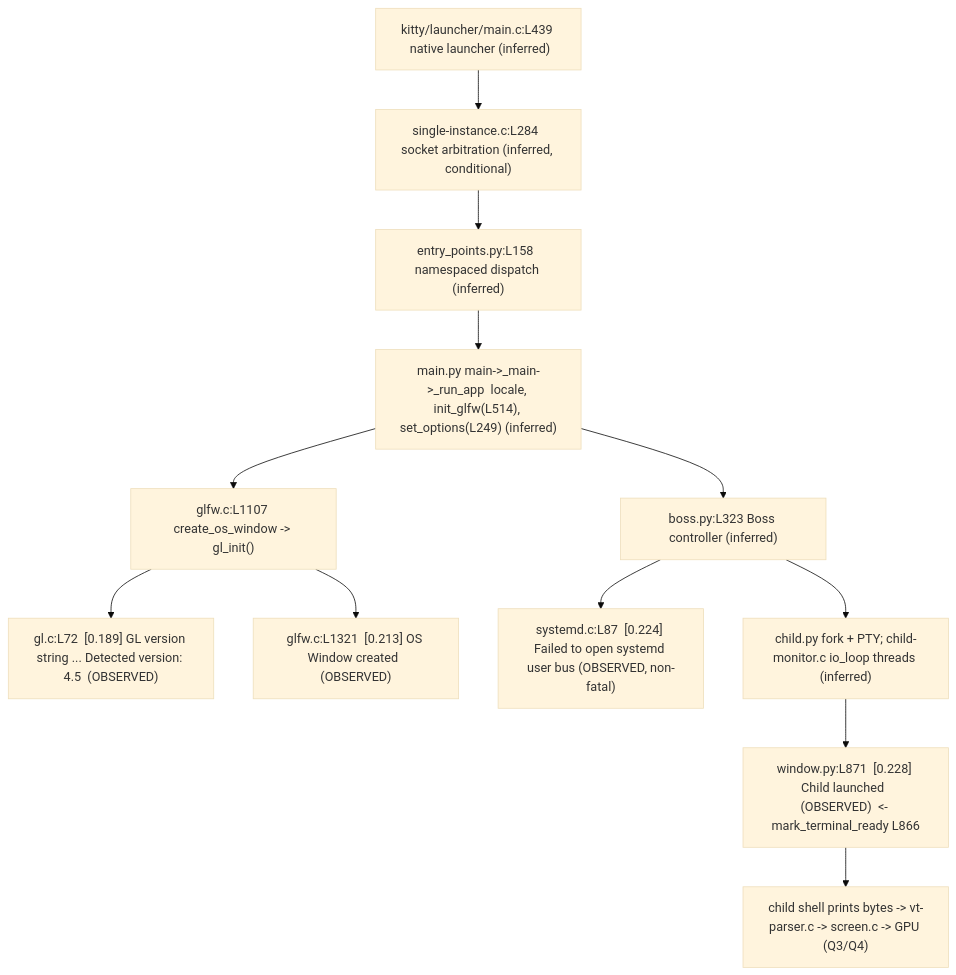
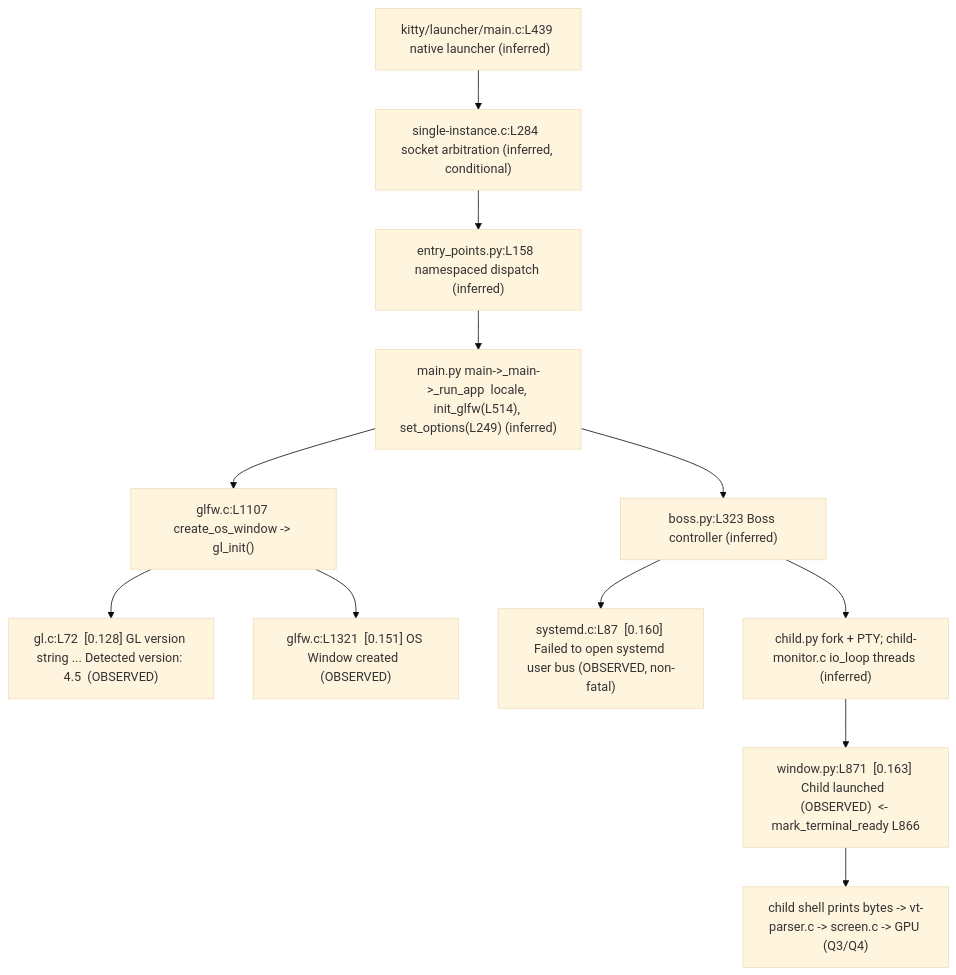
One commit to blitzy-research/kitty changed the diagram in blitzy/documentation/kitty_815df1e210e0.md. Above: the diagram before and after it, drawn with Mermaid (base theme). The commit also changed other lines of this file, not shown here.

````diff
--- a/blitzy/documentation/kitty_815df1e210e0.md
+++ b/blitzy/documentation/kitty_815df1e210e0.md
@@ -323,14 +657,14 @@
 ```mermaid
 flowchart TD
     A["kitty/launcher/main.c:L439  native launcher (inferred)"] --> B["single-instance.c:L284  socket arbitration (inferred, conditional)"]
     B --> C["entry_points.py:L158  namespaced dispatch (inferred)"]
     C --> D["main.py main->_main->_run_app  locale, init_glfw(L514), set_options(L249) (inferred)"]
     D --> E["glfw.c:L1107 create_os_window -> gl_init()"]
-    E --> F["gl.c:L72  [0.189] GL version string ... Detected version: 4.5  (OBSERVED)"]
-    E --> G["glfw.c:L1321  [0.213] OS Window created  (OBSERVED)"]
+    E --> F["gl.c:L72  [0.128] GL version string ... Detected version: 4.5  (OBSERVED)"]
+    E --> G["glfw.c:L1321  [0.151] OS Window created  (OBSERVED)"]
     D --> H["boss.py:L323 Boss controller (inferred)"]
-    H --> I["systemd.c:L87  [0.224] Failed to open systemd user bus (OBSERVED, non-fatal)"]
+    H --> I["systemd.c:L87  [0.160] Failed to open systemd user bus (OBSERVED, non-fatal)"]
     H --> J["child.py fork + PTY; child-monitor.c io_loop threads (inferred)"]
-    J --> K["window.py:L871  [0.228] Child launched  (OBSERVED)  <- mark_terminal_ready L866"]
+    J --> K["window.py:L871  [0.163] Child launched  (OBSERVED)  <- mark_terminal_ready L866"]
     K --> L["child shell prints bytes -> vt-parser.c -> screen.c -> GPU (Q3/Q4)"]
 ```
````
